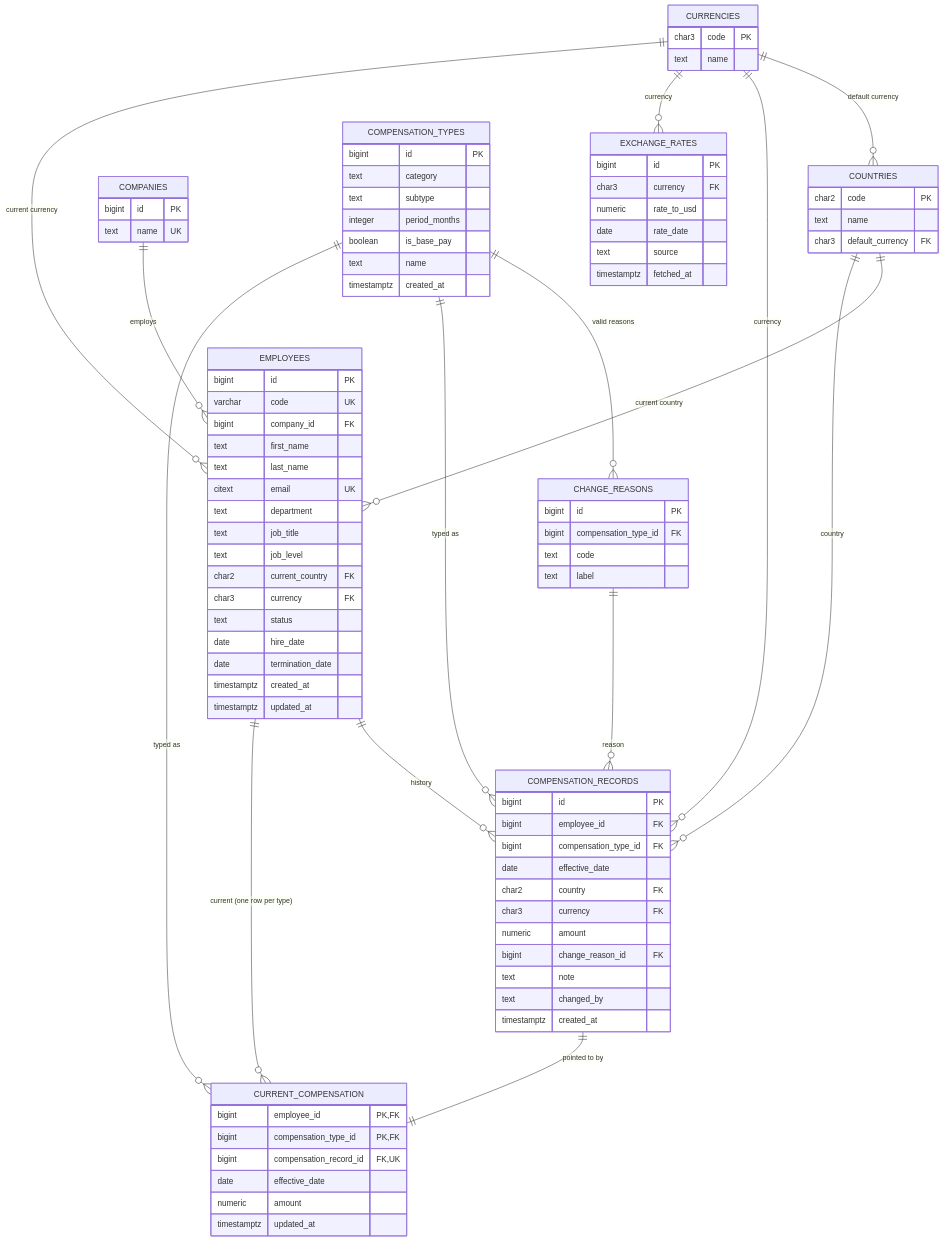
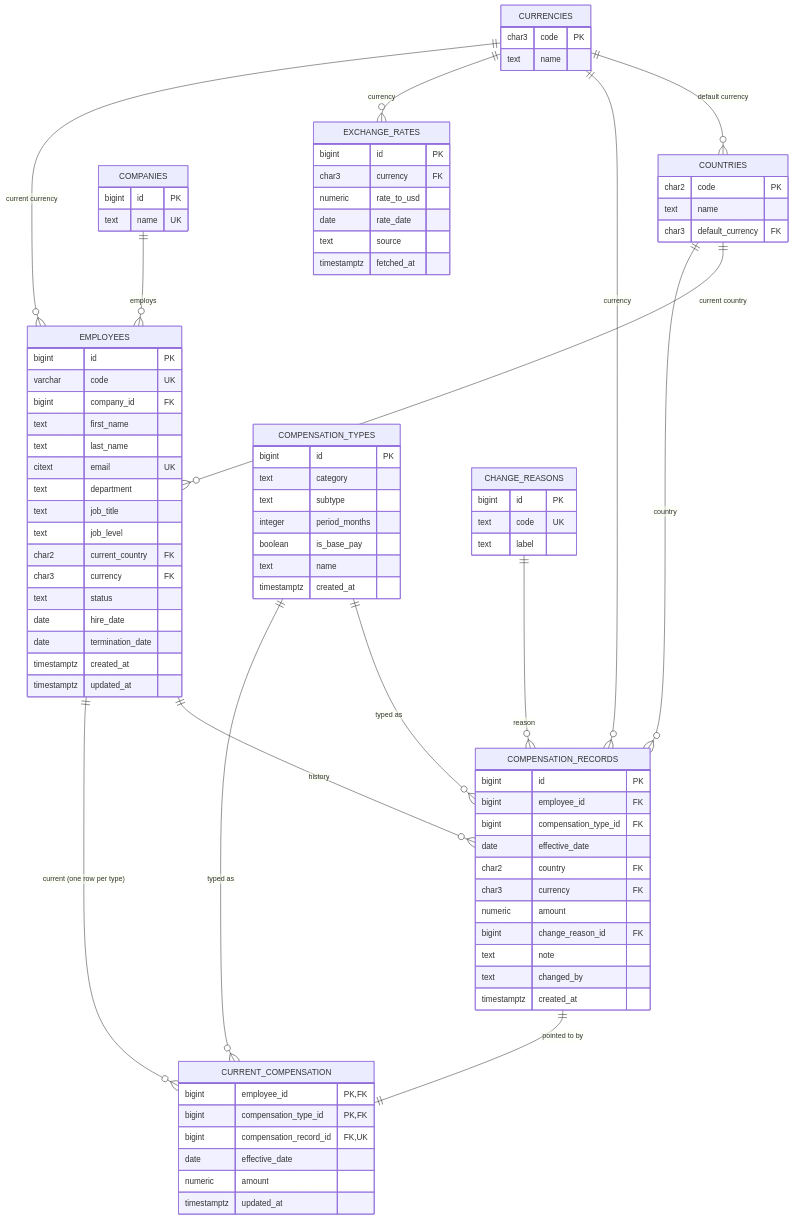
The diagram in docs/DATABASE_DESIGN.md (Vanshita1204/acme-salary-management), drawn with Mermaid before and after one commit. The commit also changed other lines of this file and 31 other files, not shown here.

```diff
--- a/docs/DATABASE_DESIGN.md
+++ b/docs/DATABASE_DESIGN.md
@@ -59,8 +59,7 @@
     }
     CHANGE_REASONS {
         bigint id PK
-        bigint compensation_type_id FK
-        text code
+        text code UK
         text label
     }
     COMPENSATION_RECORDS {
@@ -100,7 +99,6 @@
     COUNTRIES ||--o{ COMPENSATION_RECORDS : "country"
     CURRENCIES ||--o{ EMPLOYEES : "current currency"
     COMPANIES ||--o{ EMPLOYEES : "employs"
-    COMPENSATION_TYPES ||--o{ CHANGE_REASONS : "valid reasons"
     COMPENSATION_TYPES ||--o{ COMPENSATION_RECORDS : "typed as"
     COMPENSATION_TYPES ||--o{ CURRENT_COMPENSATION : "typed as"
     CHANGE_REASONS ||--o{ COMPENSATION_RECORDS : "reason"
```
